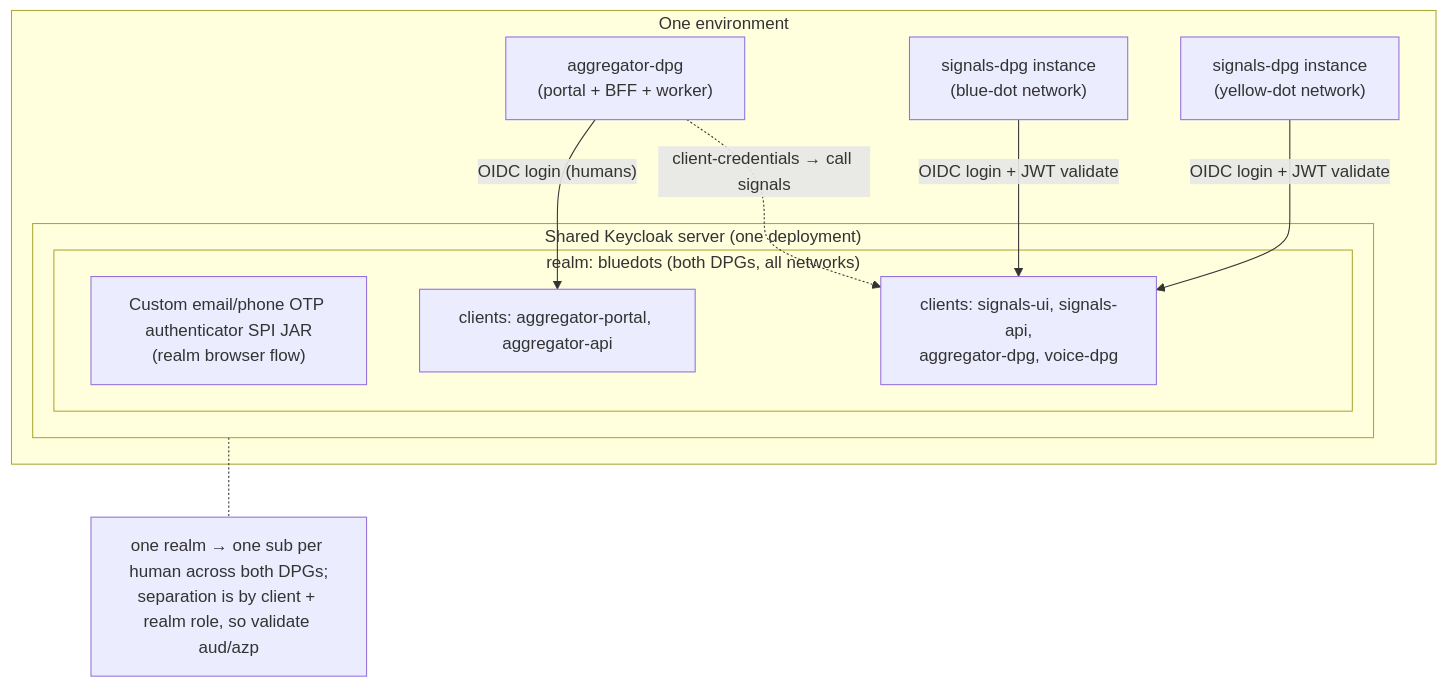
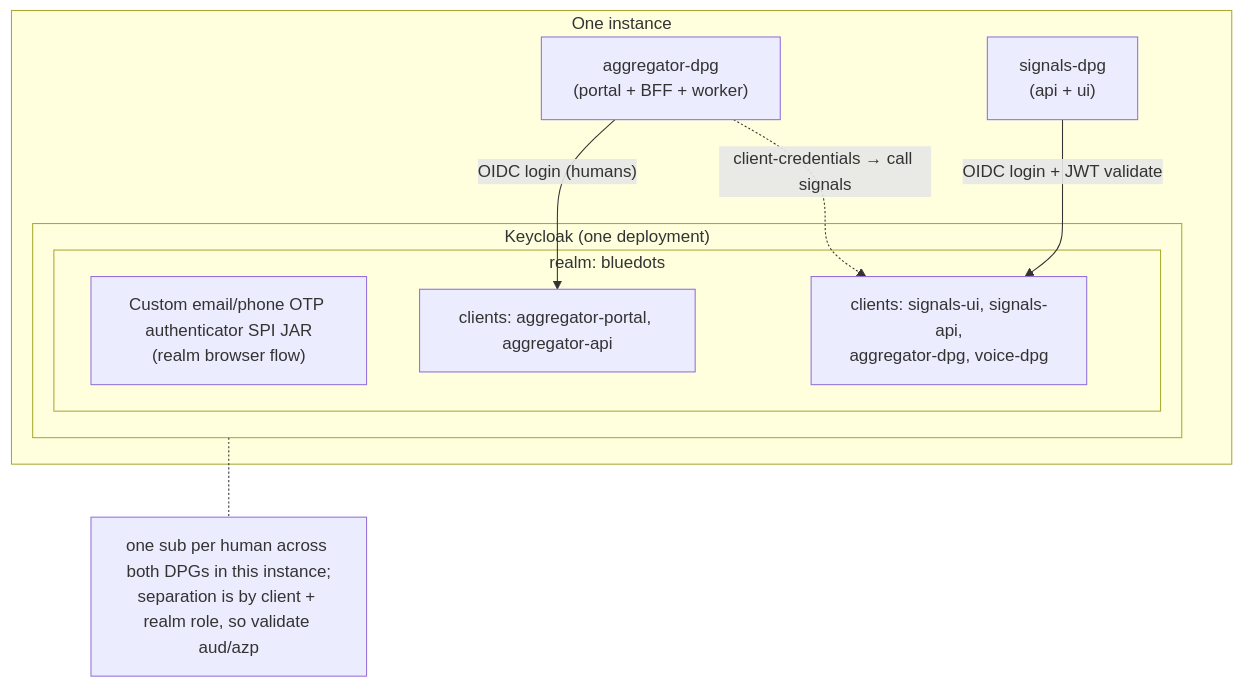
One commit to Blue-Dots-Economy/signals-dpg changed the first of 2 diagrams in docs/superpowers/plans/2026-07-23-keycloak-migration-design.md. Above: the diagram before and after it, drawn with Mermaid. The commit also changed other lines of this file, not shown here.

First line of the commit message:
docs(keycloak): scope the shared realm to one per instance

````diff
--- a/docs/superpowers/plans/2026-07-23-keycloak-migration-design.md
+++ b/docs/superpowers/plans/2026-07-23-keycloak-migration-design.md
@@ -103,24 +104,22 @@
 ```mermaid
 graph TB
-    subgraph Env["One environment"]
-        subgraph KC["Shared Keycloak server (one deployment)"]
-            subgraph RS["realm: bluedots (both DPGs, all networks)"]
+    subgraph Inst["One instance"]
+        subgraph KC["Keycloak (one deployment)"]
+            subgraph RS["realm: bluedots"]
                 OTP["Custom email/phone OTP authenticator SPI JAR<br/>(realm browser flow)"]
                 RSa["clients: aggregator-portal, aggregator-api"]
                 RSs["clients: signals-ui, signals-api,<br/>aggregator-dpg, voice-dpg"]
             end
         end
 
         AGG["aggregator-dpg<br/>(portal + BFF + worker)"]
-        SIGB["signals-dpg instance<br/>(blue-dot network)"]
-        SIGY["signals-dpg instance<br/>(yellow-dot network)"]
+        SIG["signals-dpg<br/>(api + ui)"]
 
         AGG -->|"OIDC login (humans)"| RSa
-        SIGB -->|"OIDC login + JWT validate"| RSs
-        SIGY -->|"OIDC login + JWT validate"| RSs
+        SIG -->|"OIDC login + JWT validate"| RSs
         AGG -.->|"client-credentials → call signals"| RSs
     end
 
-    note["one realm → one sub per human across both DPGs;<br/>separation is by client + realm role, so validate aud/azp"]
+    note["one sub per human across both DPGs in this instance;<br/>separation is by client + realm role, so validate aud/azp"]
     KC -.- note
 ```
````
